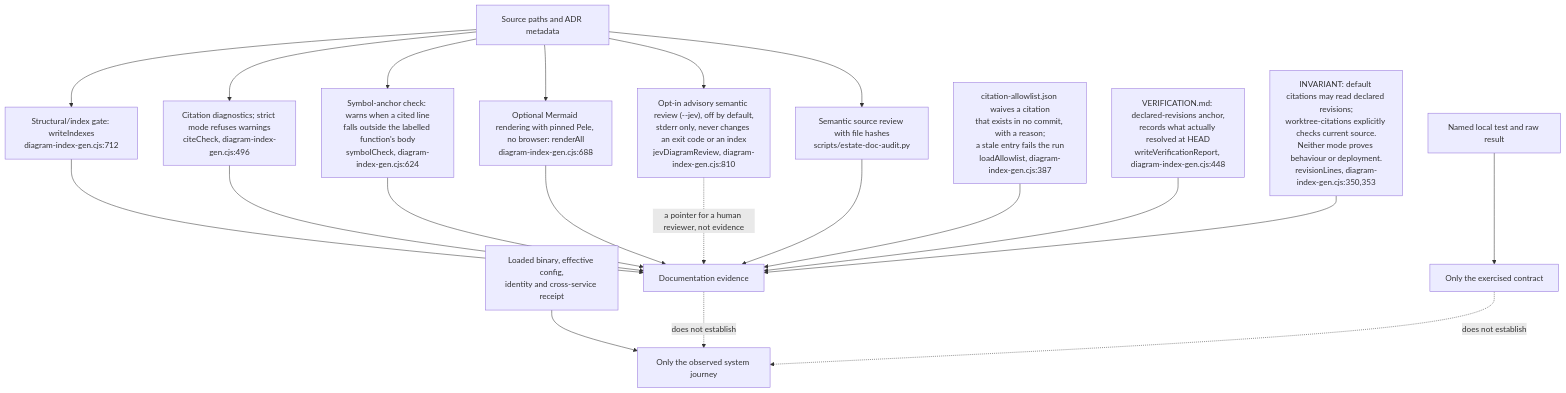
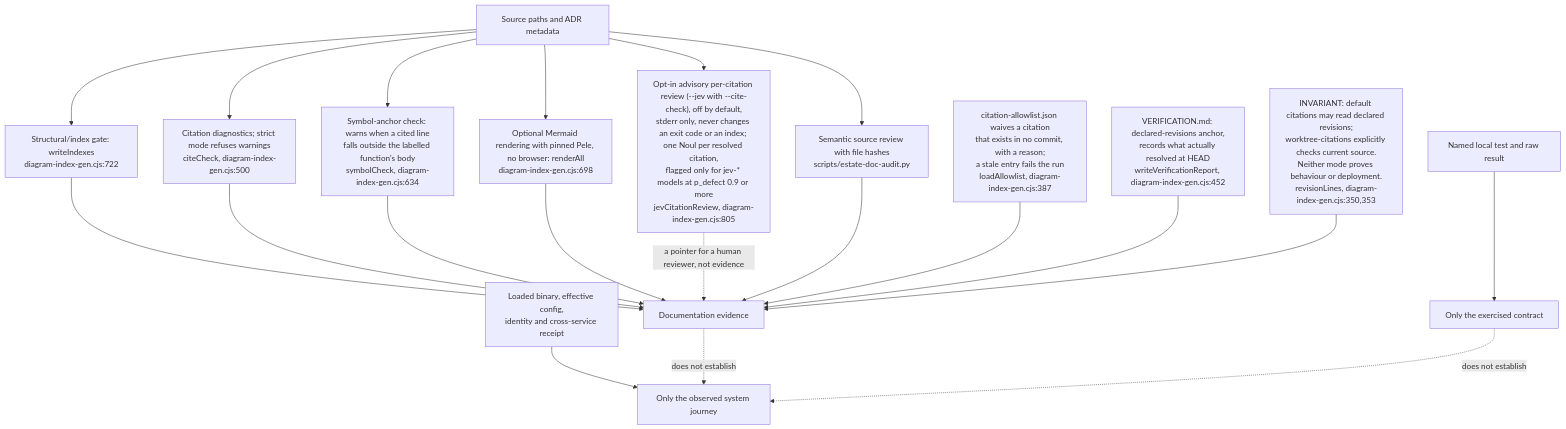
One commit to DreamLab-AI/VisionFlow changed the fifth of 5 diagrams in docs/diagrams/estate/90-evidence-and-supporting-repositories.md. Above: the diagram before and after it, drawn with Mermaid. The commit also changed other lines of this file and 142 other files, not shown here.

First line of the commit message:
docs(diagrams): one System One route; re-verify 140 topics at today's heads

````diff
--- a/docs/diagrams/estate/90-evidence-and-supporting-repositories.md
+++ b/docs/diagrams/estate/90-evidence-and-supporting-repositories.md
@@ -106,22 +106,22 @@
 ```mermaid
 flowchart TB
-    F["Source paths and ADR metadata"] --> G["Structural/index gate: writeIndexes<br/>diagram-index-gen.cjs:712"]
-    F --> C["Citation diagnostics; strict mode refuses warnings<br/>citeCheck, diagram-index-gen.cjs:496"]
-    F --> SYM["Symbol-anchor check: warns when a cited line<br/>falls outside the labelled function's body<br/>symbolCheck, diagram-index-gen.cjs:624"]
-    F --> JEV["Opt-in advisory semantic review (--jev), off by default,<br/>stderr only, never changes an exit code or an index<br/>jevDiagramReview, diagram-index-gen.cjs:810"]
-    F --> R["Optional Mermaid rendering with pinned Pele, no browser: renderAll<br/>diagram-index-gen.cjs:688"]
+    F["Source paths and ADR metadata"] --> G["Structural/index gate: writeIndexes<br/>diagram-index-gen.cjs:722"]
+    F --> C["Citation diagnostics; strict mode refuses warnings<br/>citeCheck, diagram-index-gen.cjs:500"]
+    F --> SYM["Symbol-anchor check: warns when a cited line<br/>falls outside the labelled function's body<br/>symbolCheck, diagram-index-gen.cjs:634"]
+    F --> JEV["Opt-in advisory per-citation review (--jev with --cite-check), off by default,<br/>stderr only, never changes an exit code or an index; one Noul per resolved citation,<br/>flagged only for jev-* models at p_defect 0.9 or more<br/>jevCitationReview, diagram-index-gen.cjs:805"]
+    F --> R["Optional Mermaid rendering with pinned Pele, no browser: renderAll<br/>diagram-index-gen.cjs:698"]
     F --> S["Semantic source review with file hashes<br/>scripts/estate-doc-audit.py"]
     G --> DOC["Documentation evidence"]
     C --> DOC
     SYM --> DOC
     R --> DOC
     JEV -.->|"a pointer for a human reviewer, not evidence"| DOC
     S --> DOC
     ALLOW["citation-allowlist.json waives a citation<br/>that exists in no commit, with a reason;<br/>a stale entry fails the run<br/>loadAllowlist, diagram-index-gen.cjs:387"] --> DOC
-    VER["VERIFICATION.md: declared-revisions anchor,<br/>records what actually resolved at HEAD<br/>writeVerificationReport, diagram-index-gen.cjs:448"] --> DOC
+    VER["VERIFICATION.md: declared-revisions anchor,<br/>records what actually resolved at HEAD<br/>writeVerificationReport, diagram-index-gen.cjs:452"] --> DOC
     TEST["Named local test and raw result"] --> LOCAL["Only the exercised contract"]
     RUN["Loaded binary, effective config,<br/>identity and cross-service receipt"] --> ACCEPT["Only the observed system journey"]
     DOC -.->|"does not establish"| ACCEPT
     LOCAL -.->|"does not establish"| ACCEPT
     NOTE["INVARIANT: default citations may read declared revisions;<br/>worktree-citations explicitly checks current source.<br/>Neither mode proves behaviour or deployment.<br/>revisionLines, diagram-index-gen.cjs:350,353"] --> DOC
 ```
````
